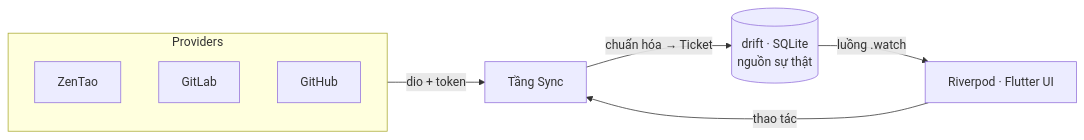
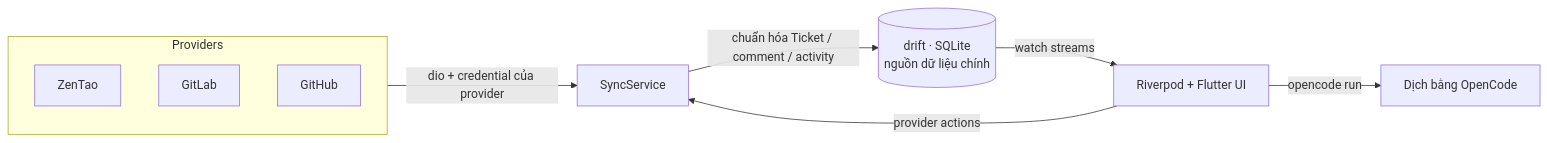
The diagram in README.vi.md (thanhnguyen293/WorkNexus), drawn with Mermaid before and after one commit. The commit also changed other lines of this file and 1 other file, not shown here.

````diff
--- a/README.vi.md
+++ b/README.vi.md
@@ -101,10 +144,11 @@
 ```mermaid
 flowchart LR
     subgraph Providers
-        Z[ZenTao] & G[GitLab] & H[GitHub]
+        Z[ZenTao] & GL[GitLab] & GH[GitHub]
     end
-    Providers -->|dio + token| SYNC[Tầng Sync]
-    SYNC -->|chuẩn hóa → Ticket| DB[(drift · SQLite<br/>nguồn sự thật)]
-    DB -->|luồng .watch| UI[Riverpod · Flutter UI]
-    UI -->|thao tác| SYNC
+    Providers -->|dio + credential của provider| SYNC[SyncService]
+    SYNC -->|chuẩn hóa Ticket / comment / activity| DB[(drift · SQLite<br/>nguồn dữ liệu chính)]
+    DB -->|watch streams| UI[Riverpod + Flutter UI]
+    UI -->|provider actions| SYNC
+    UI -->|opencode run| TR[Dịch bằng OpenCode]
 ```
````
